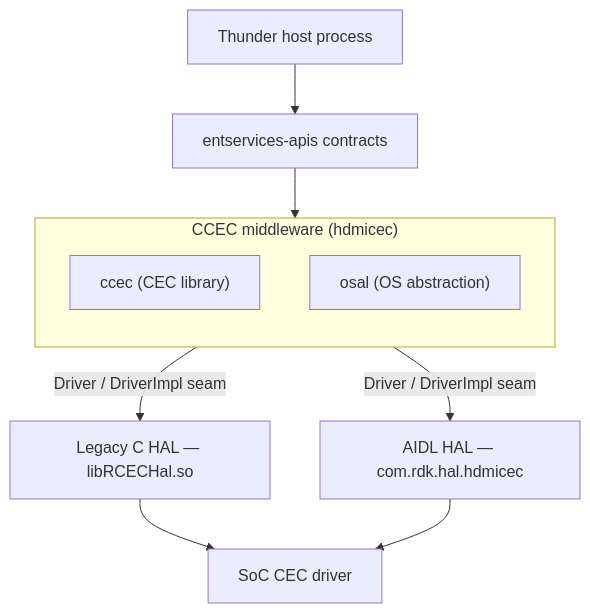
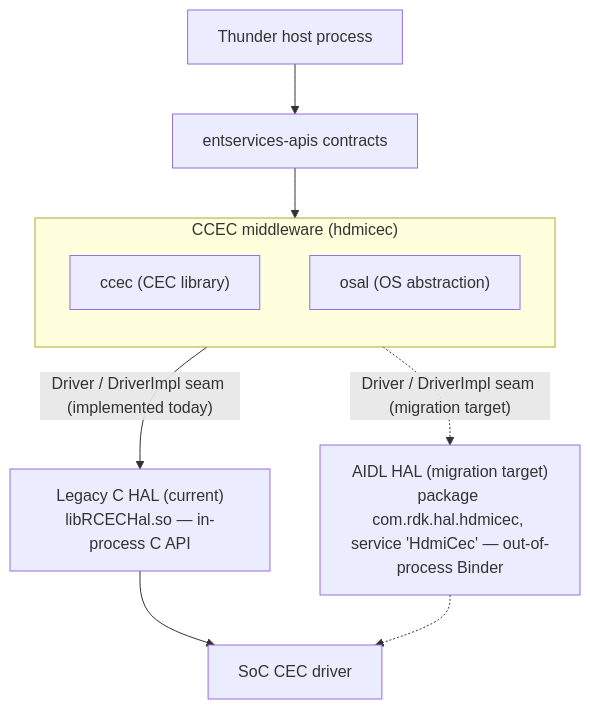
The first of 2 diagrams in docs/architecture/overview.md (Blitzy-Sky/hdmicec), drawn with Mermaid before and after one commit. The commit also changed other lines of this file and 14 other files, not shown here.

````diff
--- a/docs/architecture/overview.md
+++ b/docs/architecture/overview.md
@@ -29,20 +29,20 @@
 ```mermaid
 flowchart TD
     THUNDER["Thunder host process"]
     APIS["entservices-apis contracts"]
     subgraph CCEC["CCEC middleware (hdmicec)"]
         direction TB
         CCEClib["ccec (CEC library)"]
         OSAL["osal (OS abstraction)"]
     end
-    LEGACY["Legacy C HAL — libRCECHal.so"]
-    AIDL["AIDL HAL — com.rdk.hal.hdmicec"]
+    LEGACY["Legacy C HAL (current)<br/>libRCECHal.so — in-process C API"]
+    AIDL["AIDL HAL (migration target)<br/>package com.rdk.hal.hdmicec, service 'HdmiCec' — out-of-process Binder"]
     SOC["SoC CEC driver"]
 
     THUNDER --> APIS
     APIS --> CCEC
-    CCEC -->|Driver / DriverImpl seam| LEGACY
-    CCEC -->|Driver / DriverImpl seam| AIDL
+    CCEC -->|"Driver / DriverImpl seam (implemented today)"| LEGACY
+    CCEC -.->|"Driver / DriverImpl seam (migration target)"| AIDL
     LEGACY --> SOC
-    AIDL --> SOC
+    AIDL -.-> SOC
 ```
````
